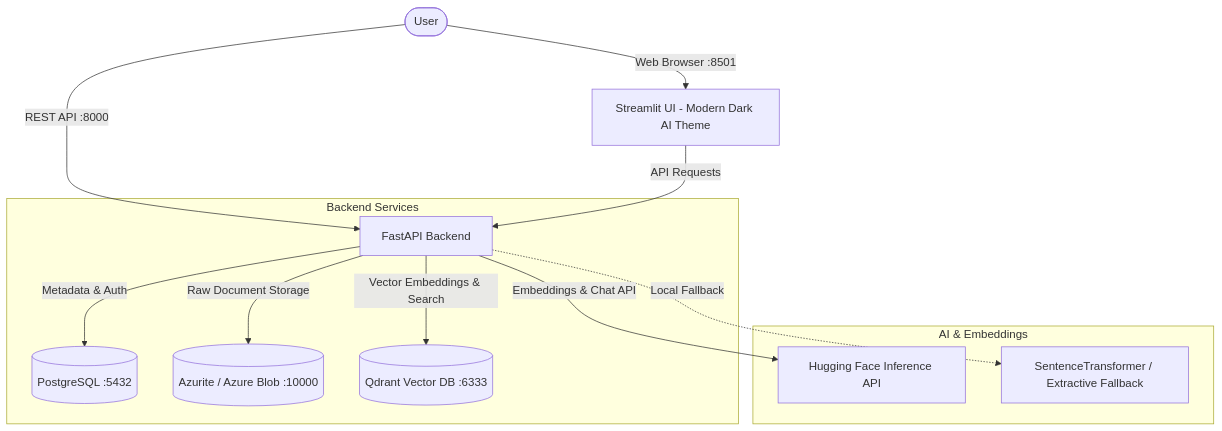
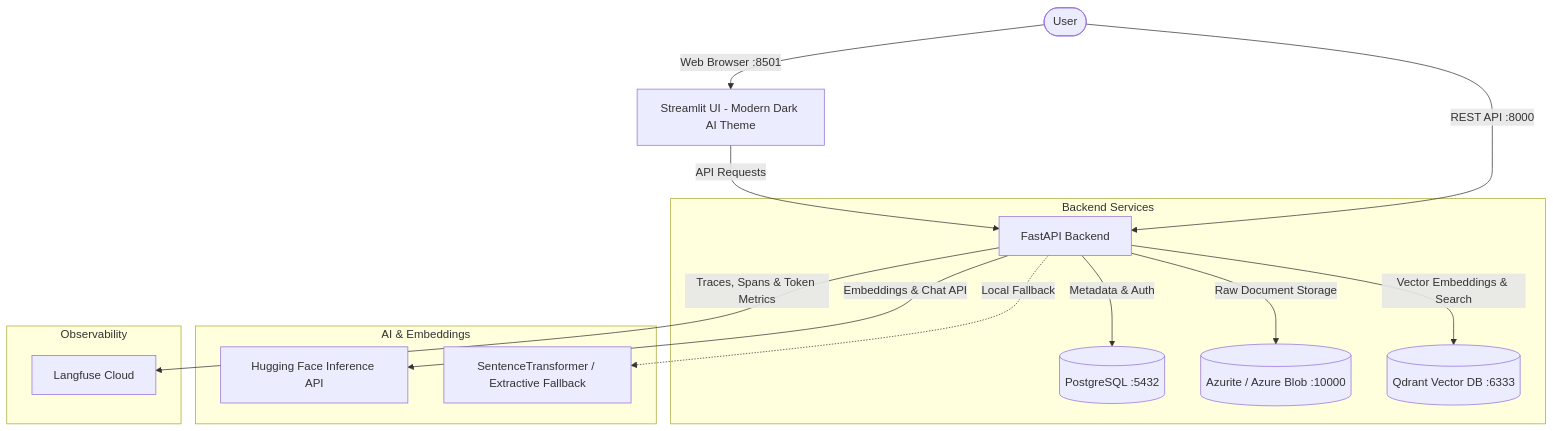
One commit to hariz723/llm-challenge changed the diagram in README.md. Above: the diagram before and after it, drawn with Mermaid. The commit also changed other lines of this file and 10 other files, not shown here.

Commit message:
feat: integrate Langfuse for RAG observability and tracing

````diff
--- a/README.md
+++ b/README.md
@@ -15,17 +15,21 @@
 ```mermaid
 graph TD
     User([User]) -->|Web Browser :8501| UI[Streamlit UI - Modern Dark AI Theme]
     User -->|REST API :8000| API[FastAPI Backend]
     UI -->|API Requests| API
 
     subgraph Backend Services
         API -->|Metadata & Auth| DB[(PostgreSQL :5432)]
         API -->|Raw Document Storage| Blob[(Azurite / Azure Blob :10000)]
         API -->|Vector Embeddings & Search| Qdrant[(Qdrant Vector DB :6333)]
     end
 
     subgraph AI & Embeddings
         API -->|Embeddings & Chat API| HF[Hugging Face Inference API]
         API -.->|Local Fallback| LocalModels[SentenceTransformer / Extractive Fallback]
     end
+
+    subgraph Observability
+        API -->|Traces, Spans & Token Metrics| LF[Langfuse Cloud]
+    end
 ```
````
